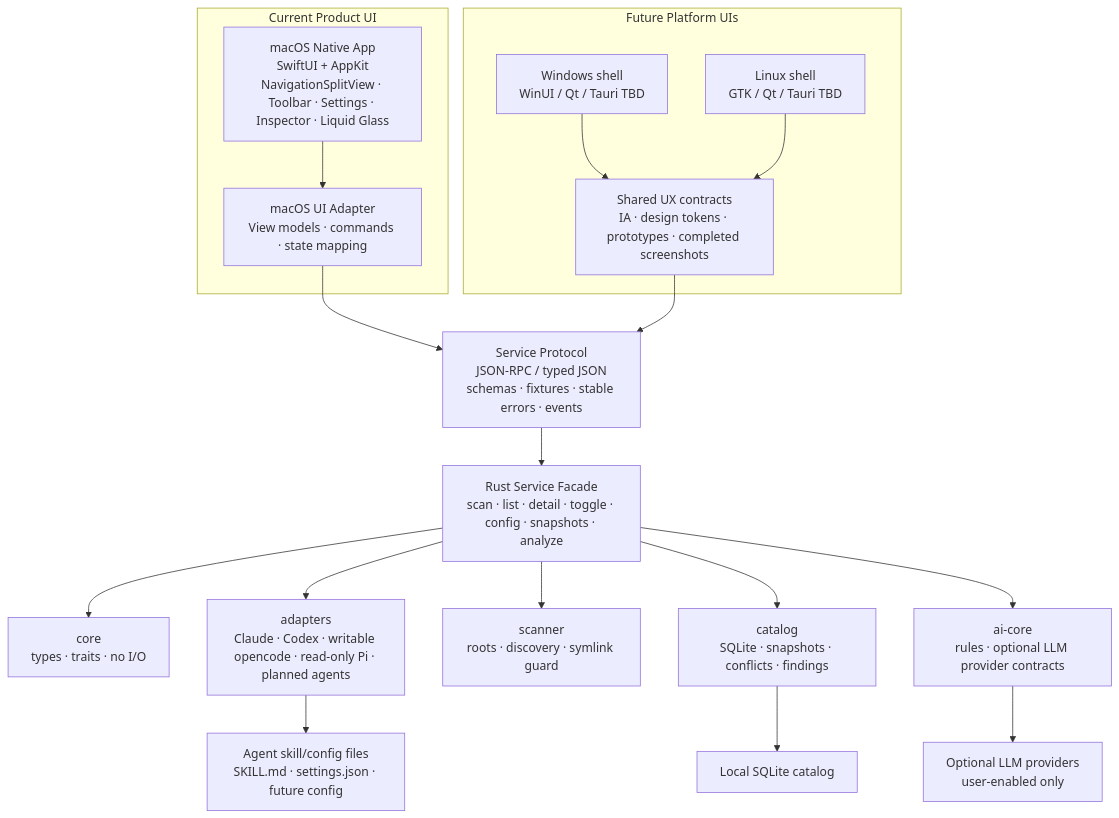
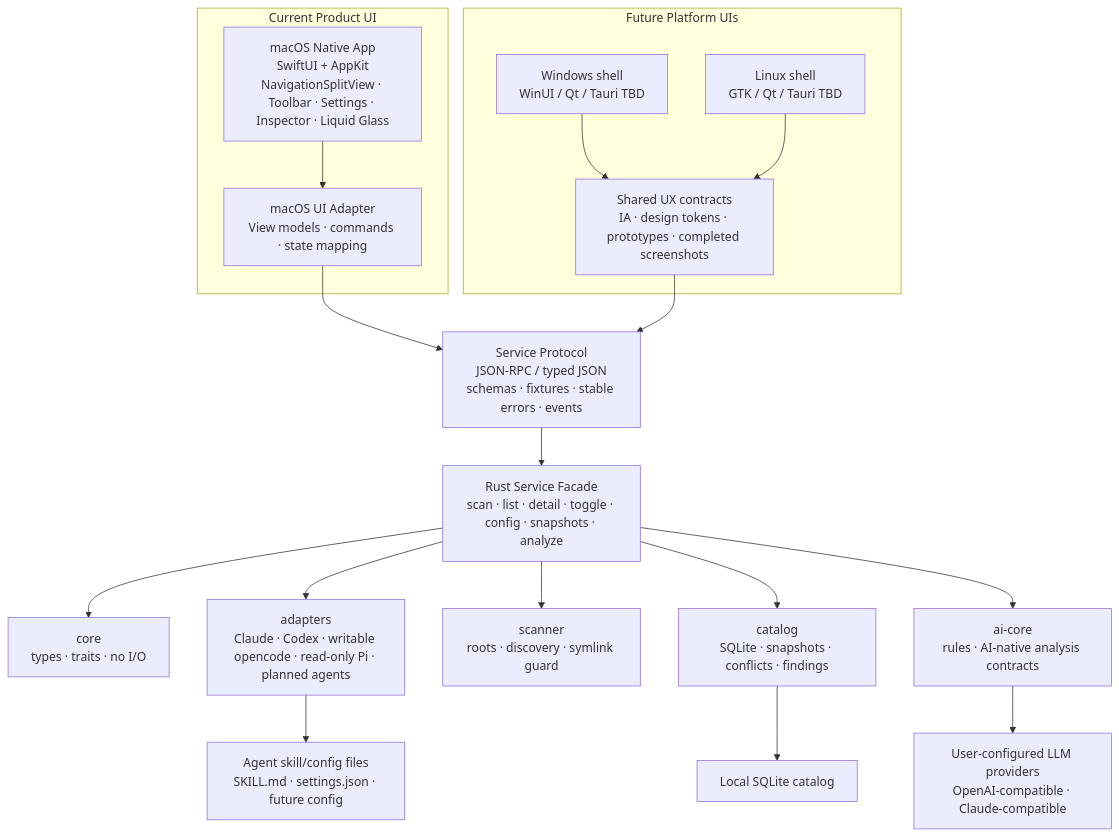
Before and after one commit to xjxtree/agent-copilot: the diagram in docs/architecture.md, drawn with Mermaid. The commit also changed other lines of this file and 8 other files, not shown here.

````diff
--- a/docs/architecture.md
+++ b/docs/architecture.md
@@ -41,31 +42,31 @@
 ```mermaid
 flowchart TD
   subgraph ProductUI["Current Product UI"]
     MacApp["macOS Native App<br/>SwiftUI + AppKit<br/>NavigationSplitView · Toolbar · Settings · Inspector · Liquid Glass"]
     MacVM["macOS UI Adapter<br/>View models · commands · state mapping"]
     MacApp --> MacVM
   end
 
   subgraph FutureUI["Future Platform UIs"]
     WinUI["Windows shell<br/>WinUI / Qt / Tauri TBD"]
     LinuxUI["Linux shell<br/>GTK / Qt / Tauri TBD"]
     SharedUX["Shared UX contracts<br/>IA · design tokens · prototypes · completed screenshots"]
     WinUI --> SharedUX
     LinuxUI --> SharedUX
   end
 
   MacVM --> Protocol["Service Protocol<br/>JSON-RPC / typed JSON<br/>schemas · fixtures · stable errors · events"]
   SharedUX --> Protocol
 
   Protocol --> Service["Rust Service Facade<br/>scan · list · detail · toggle · config · snapshots · analyze"]
 
   Service --> Core["core<br/>types · traits · no I/O"]
   Service --> Adapters["adapters<br/>Claude · Codex · writable opencode · read-only Pi · planned agents"]
   Service --> Scanner["scanner<br/>roots · discovery · symlink guard"]
   Service --> Catalog["catalog<br/>SQLite · snapshots · conflicts · findings"]
-  Service --> AiCore["ai-core<br/>rules · optional LLM provider contracts"]
+  Service --> AiCore["ai-core<br/>rules · AI-native analysis contracts"]
 
   Catalog --> SQLite["Local SQLite catalog"]
   Adapters --> AgentFiles["Agent skill/config files<br/>SKILL.md · settings.json · future config"]
-  AiCore --> Providers["Optional LLM providers<br/>user-enabled only"]
+  AiCore --> Providers["User-configured LLM providers<br/>OpenAI-compatible · Claude-compatible"]
 ```
````
